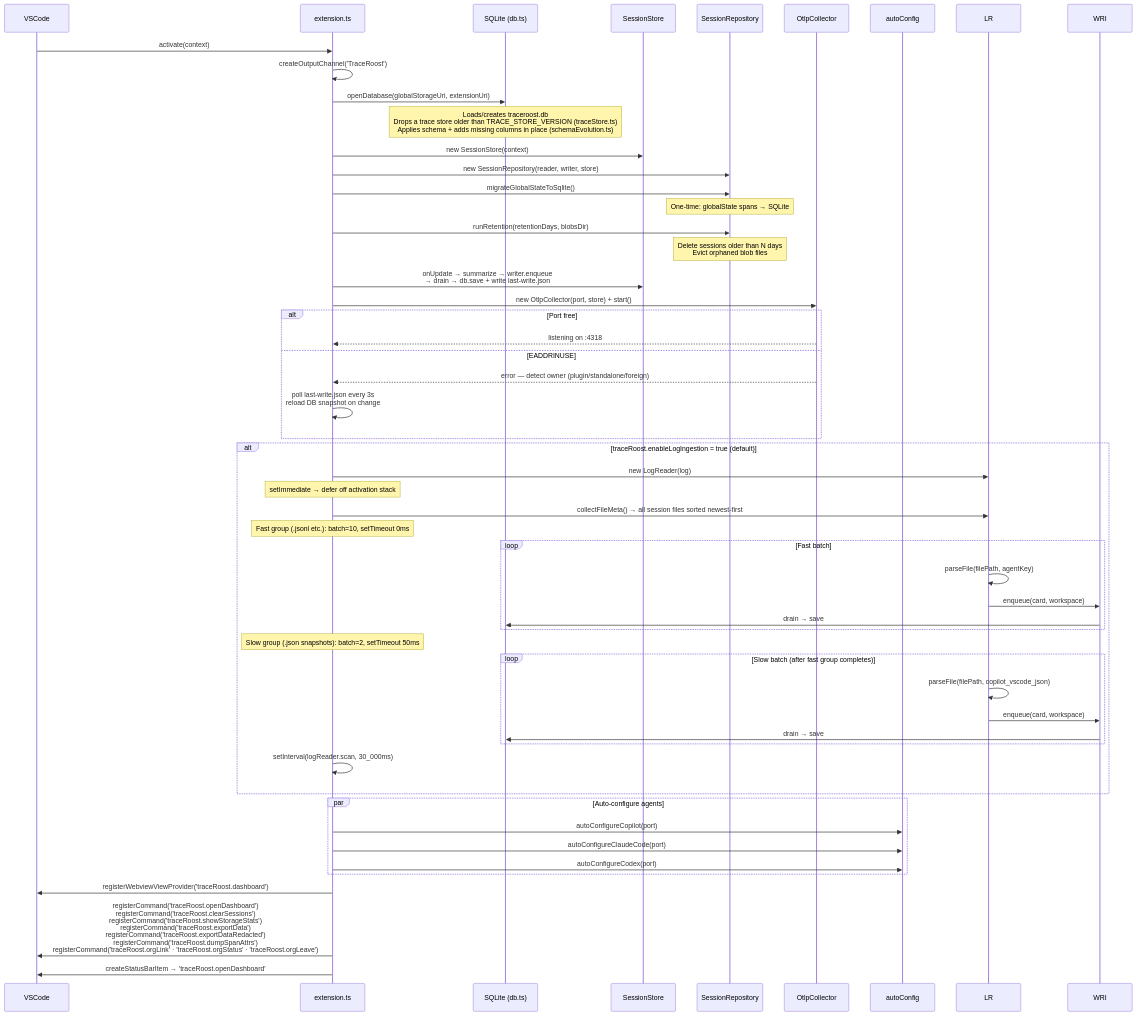
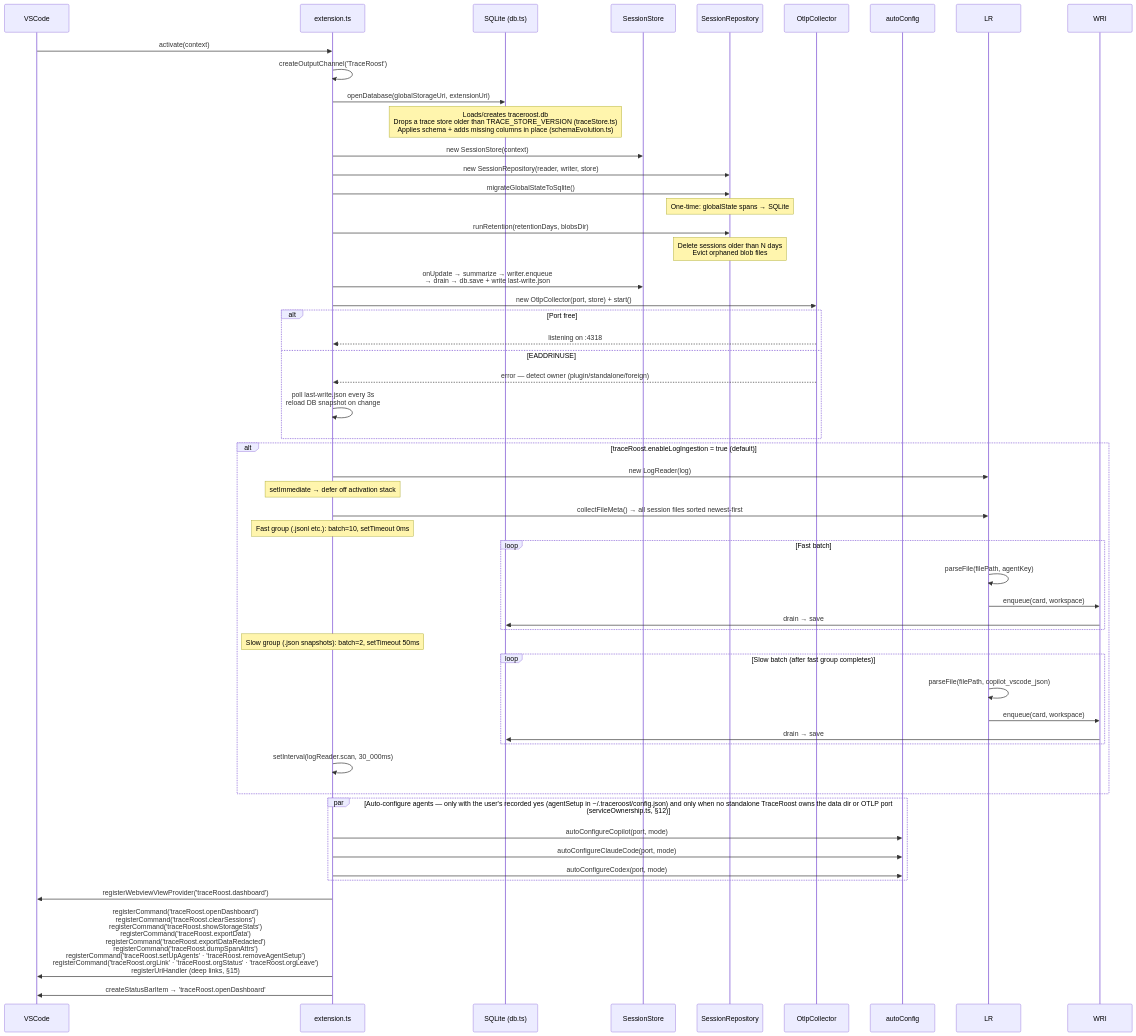
The second of 20 diagrams in ARCHITECTURE.md (traceroost/core), drawn with Mermaid before and after one commit. The commit also changed other lines of this file, not shown here.

First line of the commit message:
Docs: audit ARCHITECTURE.md §§9–15 and the File Map against the code

````diff
--- a/ARCHITECTURE.md
+++ b/ARCHITECTURE.md
@@ -98,55 +98,55 @@
 ```mermaid
 sequenceDiagram
     participant VS as VSCode
     participant EXT as extension.ts
     participant DB as SQLite (db.ts)
     participant STO as SessionStore
     participant REPO as SessionRepository
     participant COL as OtlpCollector
     participant CFG as autoConfig
 
     VS->>EXT: activate(context)
     EXT->>EXT: createOutputChannel('TraceRoost')
     EXT->>DB: openDatabase(globalStorageUri, extensionUri)
     Note over DB: Loads/creates traceroost.db<br/>Drops a trace store older than TRACE_STORE_VERSION (traceStore.ts)<br/>Applies schema + adds missing columns in place (schemaEvolution.ts)
     EXT->>STO: new SessionStore(context)
     EXT->>REPO: new SessionRepository(reader, writer, store)
     EXT->>REPO: migrateGlobalStateToSqlite()
     Note over REPO: One-time: globalState spans → SQLite
     EXT->>REPO: runRetention(retentionDays, blobsDir)
     Note over REPO: Delete sessions older than N days<br/>Evict orphaned blob files
     EXT->>STO: onUpdate → summarize → writer.enqueue<br/>→ drain → db.save + write last-write.json
     EXT->>COL: new OtlpCollector(port, store) + start()
     alt Port free
         COL-->>EXT: listening on :4318
     else EADDRINUSE
         COL-->>EXT: error — detect owner (plugin/standalone/foreign)
         EXT->>EXT: poll last-write.json every 3s<br/>reload DB snapshot on change
     end
     alt traceRoost.enableLogIngestion = true (default)
         EXT->>LR: new LogReader(log)
         Note over EXT: setImmediate → defer off activation stack
         EXT->>LR: collectFileMeta() → all session files sorted newest-first
         Note over EXT: Fast group (.jsonl etc.): batch=10, setTimeout 0ms
         loop Fast batch
             LR->>LR: parseFile(filePath, agentKey)
             LR->>WRI: enqueue(card, workspace)
             WRI->>DB: drain → save
         end
         Note over EXT: Slow group (.json snapshots): batch=2, setTimeout 50ms
         loop Slow batch (after fast group completes)
             LR->>LR: parseFile(filePath, copilot_vscode_json)
             LR->>WRI: enqueue(card, workspace)
             WRI->>DB: drain → save
         end
         EXT->>EXT: setInterval(logReader.scan, 30_000ms)
     end
-    par Auto-configure agents
-        EXT->>CFG: autoConfigureCopilot(port)
-        EXT->>CFG: autoConfigureClaudeCode(port)
-        EXT->>CFG: autoConfigureCodex(port)
+    par Auto-configure agents — only with the user's recorded yes (agentSetup in ~/.traceroost/config.json) and only when no standalone TraceRoost owns the data dir or OTLP port (serviceOwnership.ts, §12)
+        EXT->>CFG: autoConfigureCopilot(port, mode)
+        EXT->>CFG: autoConfigureClaudeCode(port, mode)
+        EXT->>CFG: autoConfigureCodex(port, mode)
     end
     EXT->>VS: registerWebviewViewProvider('traceRoost.dashboard')
-    EXT->>VS: registerCommand('traceRoost.openDashboard')<br/>registerCommand('traceRoost.clearSessions')<br/>registerCommand('traceRoost.showStorageStats')<br/>registerCommand('traceRoost.exportData')<br/>registerCommand('traceRoost.exportDataRedacted')<br/>registerCommand('traceRoost.dumpSpanAttrs')<br/>registerCommand('traceRoost.orgLink' · 'traceRoost.orgStatus' · 'traceRoost.orgLeave')
+    EXT->>VS: registerCommand('traceRoost.openDashboard')<br/>registerCommand('traceRoost.clearSessions')<br/>registerCommand('traceRoost.showStorageStats')<br/>registerCommand('traceRoost.exportData')<br/>registerCommand('traceRoost.exportDataRedacted')<br/>registerCommand('traceRoost.dumpSpanAttrs')<br/>registerCommand('traceRoost.setUpAgents' · 'traceRoost.removeAgentSetup')<br/>registerCommand('traceRoost.orgLink' · 'traceRoost.orgStatus' · 'traceRoost.orgLeave')<br/>registerUriHandler (deep links, §15)
     EXT->>VS: createStatusBarItem → 'traceRoost.openDashboard'
 ```
````
